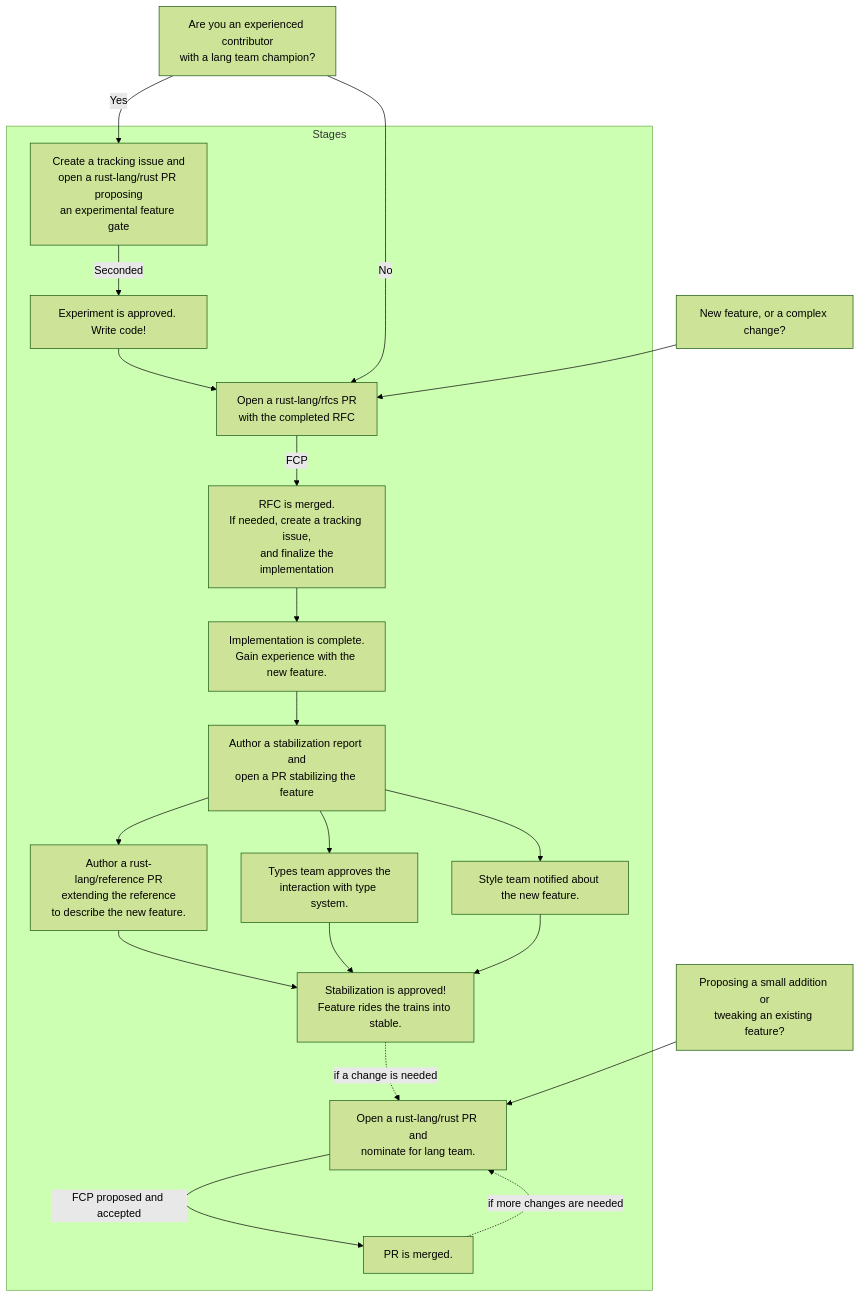
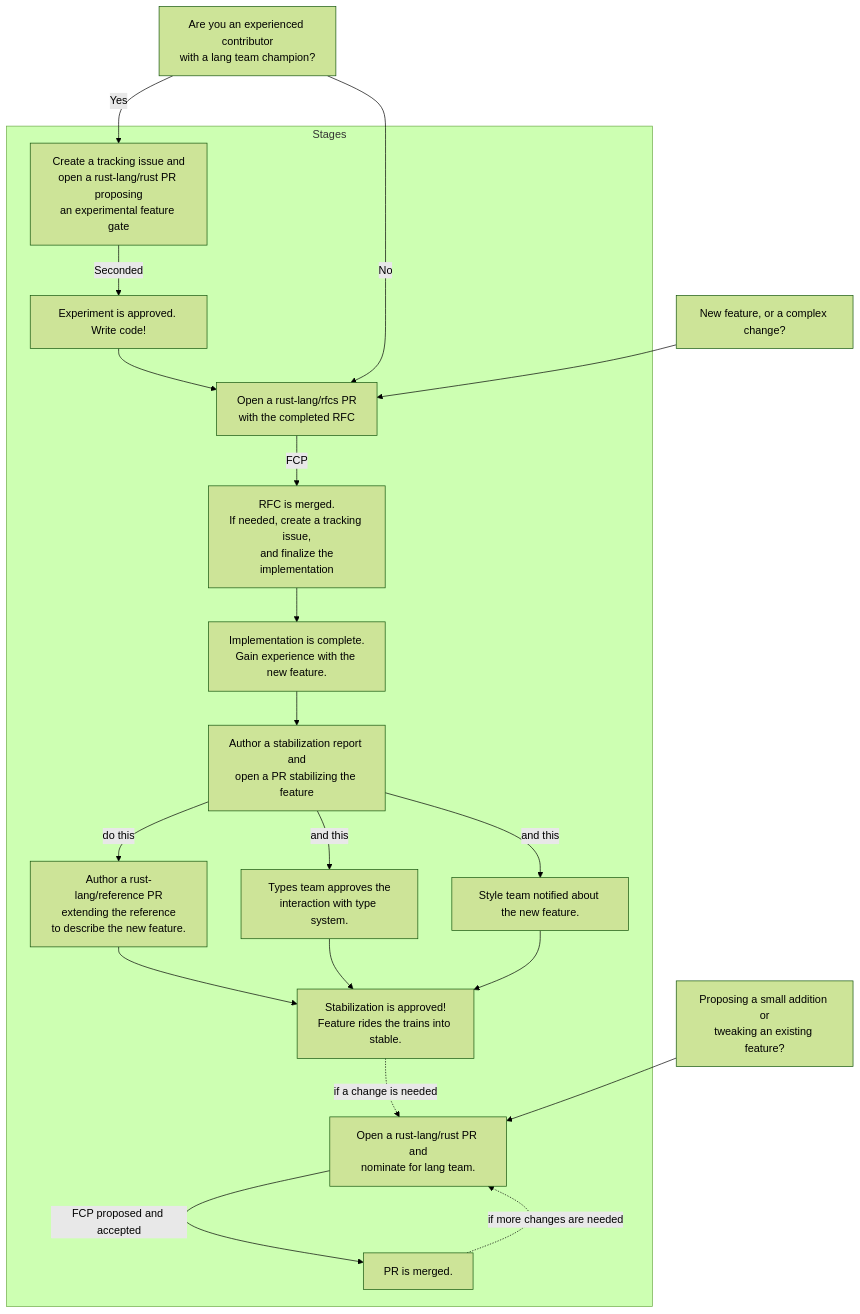
Before and after one commit to rust-lang/lang-team: the diagram in src/how_to/propose.md, drawn with Mermaid (forest theme).

````diff
--- a/src/how_to/propose.md
+++ b/src/how_to/propose.md
@@ -19,58 +19,58 @@
 ```mermaid
 flowchart TD
 
 TweakToExistingFeature["Proposing a small addition or\ntweaking an existing feature?"]
 
 NewFeatureOrComplexChange["New feature, or a complex change?"]
 
 LangTeamChampion["Are you an experienced contributor\nwith a lang team champion?"]
 
 subgraph Stages
     ExperimentalFeatureGateProposed["Create a tracking issue and\nopen a rust-lang/rust PR proposing\nan experimental feature gate"]
     ExperimentalFeatureGateAccepted["Experiment is approved. Write code!"]
     RFCOpen["Open a rust-lang/rfcs PR\nwith the completed RFC"]
     RFCAccepted["RFC is merged.\nIf needed, create a tracking issue,\n and finalize the implementation"]
     FeatureComplete["Implementation is complete.\nGain experience with the new feature."]
     StabilizationProposed["Author a stabilization report and\nopen a PR stabilizing the feature"]
     Documented["Author a rust-lang/reference PR\nextending the reference\nto describe the new feature."]
     StabilizationAccepted["Stabilization is approved!\nFeature rides the trains into stable."]
     ChangeProposed["Open a rust-lang/rust PR and\nnominate for lang team."]
     ChangeAccepted["PR is merged."]
     TypesTeamApproval["Types team approves the\ninteraction with type system."]
     StyleTeamNotified["Style team notified about the new feature."]
     
     ExperimentalFeatureGateProposed --Seconded--> ExperimentalFeatureGateAccepted
     ExperimentalFeatureGateAccepted --> RFCOpen
     RFCOpen --FCP--> RFCAccepted
     RFCAccepted --> FeatureComplete
     FeatureComplete --> StabilizationProposed
     %% StabilizationProposed --> StabilizationAccepted
-    StabilizationProposed --> Documented
+    StabilizationProposed --do this--> Documented
     Documented --> StabilizationAccepted
-    StabilizationProposed --> TypesTeamApproval
+    StabilizationProposed --and this--> TypesTeamApproval
     TypesTeamApproval --> StabilizationAccepted
-    StabilizationProposed --> StyleTeamNotified
+    StabilizationProposed --and this--> StyleTeamNotified
     StyleTeamNotified --> StabilizationAccepted
     StabilizationAccepted -.if a change is needed.-> ChangeProposed
     ChangeProposed --FCP proposed and accepted--> ChangeAccepted
     ChangeAccepted -.if more changes are needed.-> ChangeProposed
 end
 
 TweakToExistingFeature --> ChangeProposed
 
 NewFeatureOrComplexChange --> RFCOpen
 
 LangTeamChampion -- Yes --> ExperimentalFeatureGateProposed
 
 LangTeamChampion -- No --> RFCOpen
 
 click RFCOpen href "https://github.com/rust-lang/rfcs/#when-you-need-to-follow-this-process" "Read about RFCs"
 click RFCAccepted href "https://forge.rust-lang.org/lang/rfc-merge-procedure.html" "RFC merge procedure"
 click ExperimentalFeatureGateProposed href "./experiment.html" "Read about experimental feature gates"
 click ExperimentalFeatureGateAccepted href "./experiment.html" "Read about experimental feature gates"
 click StabilizationProposed href "./stabilize.html" "Read about stabilization procedure"
 click StabilizationAccepted href "./stabilize.html" "Read about stabilization procedure"
 click Documented href "./stabilize.html" "Read about stabilization procedure"
 click TypesTeamApproval href "./stabilize.html" "Read about stabilization procedure"
 click StyleTeamNotified href "./stabilize.html" "Read about stabilization procedure"
 ```
````
